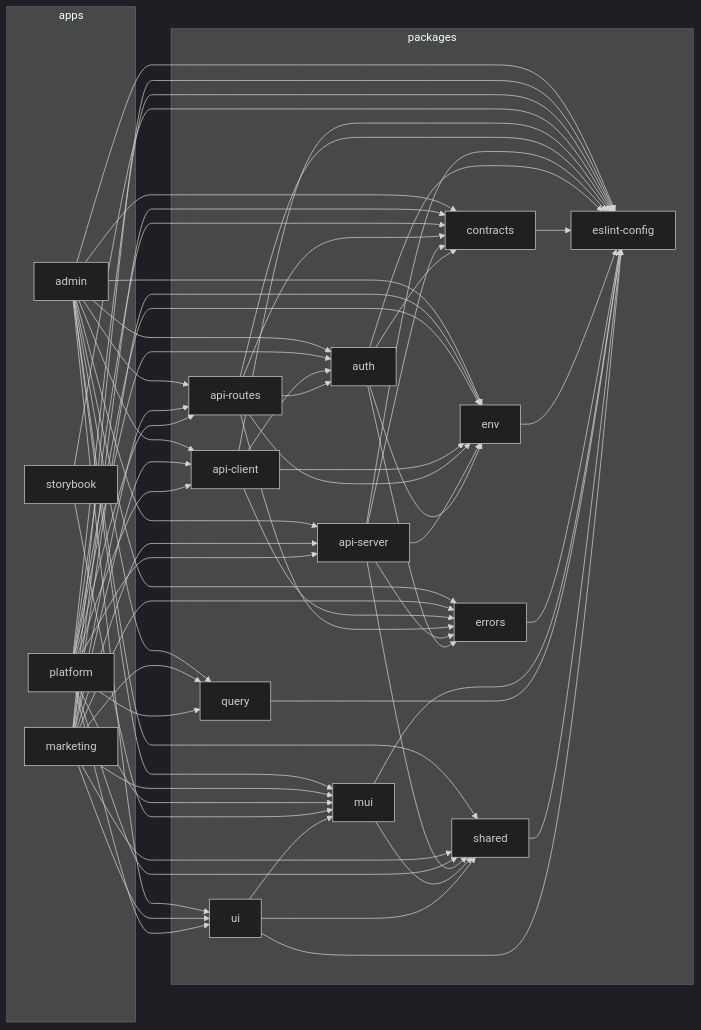
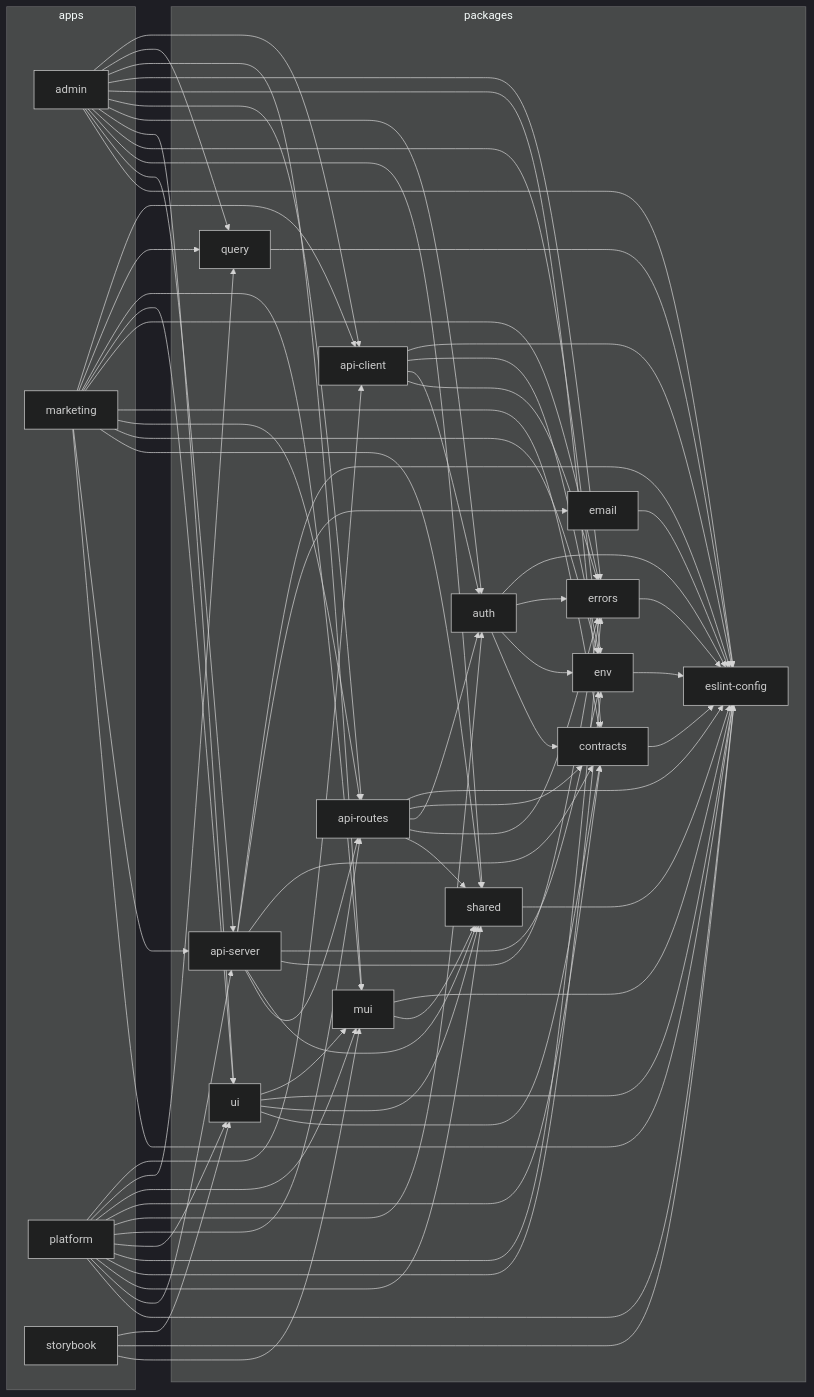
The diagram in docs/DEPENDENCY-GRAPH.md (maksim-pokhiliy/the-discipline-program), drawn with Mermaid (dark theme) before and after one commit. The commit also changed 16 other files, not shown here.

````diff
--- a/docs/DEPENDENCY-GRAPH.md
+++ b/docs/DEPENDENCY-GRAPH.md
@@ -29,76 +29,83 @@
 8["api-server"]
 9["auth"]
 A["contracts"]
-B["env"]
-C["errors"]
-D["eslint-config"]
-E["mui"]
-F["query"]
-G["shared"]
-H["ui"]
+B["email"]
+C["env"]
+D["errors"]
+E["eslint-config"]
+F["mui"]
+G["query"]
+H["shared"]
+I["ui"]
 end
-1-->D
-1-->B
+1-->E
+1-->8
 1-->H
+1-->C
+1-->I
 1-->9
 1-->7
-1-->8
 1-->A
-1-->C
-1-->E
+1-->D
 1-->F
+1-->G
 1-->6
-1-->G
+2-->E
+2-->8
+2-->H
+2-->C
+2-->7
+2-->A
 2-->D
-2-->B
-2-->7
-2-->8
-2-->A
-2-->C
-2-->E
+2-->I
 2-->F
+2-->G
 2-->6
-2-->H
-2-->G
+3-->E
+3-->8
+3-->H
+3-->C
 3-->D
-3-->B
-3-->H
+3-->I
+3-->7
 3-->9
-3-->7
-3-->8
 3-->A
-3-->E
 3-->F
+3-->G
 3-->6
-3-->G
+4-->F
 4-->E
-4-->D
+4-->I
+6-->D
+6-->9
 6-->C
-6-->9
-6-->B
-6-->D
-7-->B
-7-->C
+6-->E
+7-->H
+7-->D
 7-->9
 7-->A
-7-->D
+7-->E
+8-->7
+8-->H
+8-->D
+8-->C
 8-->A
 8-->B
-8-->C
-8-->G
-8-->D
+8-->E
 9-->A
-9-->B
 9-->C
 9-->D
-A-->D
-B-->D
-C-->D
-E-->G
-E-->D
-F-->D
-G-->D
-H-->G
-H-->D
+9-->E
+A-->E
+B-->E
+C-->E
+D-->E
+F-->H
+F-->E
+G-->E
 H-->E
+I-->A
+I-->H
+I-->E
+I-->F
 ```
````
